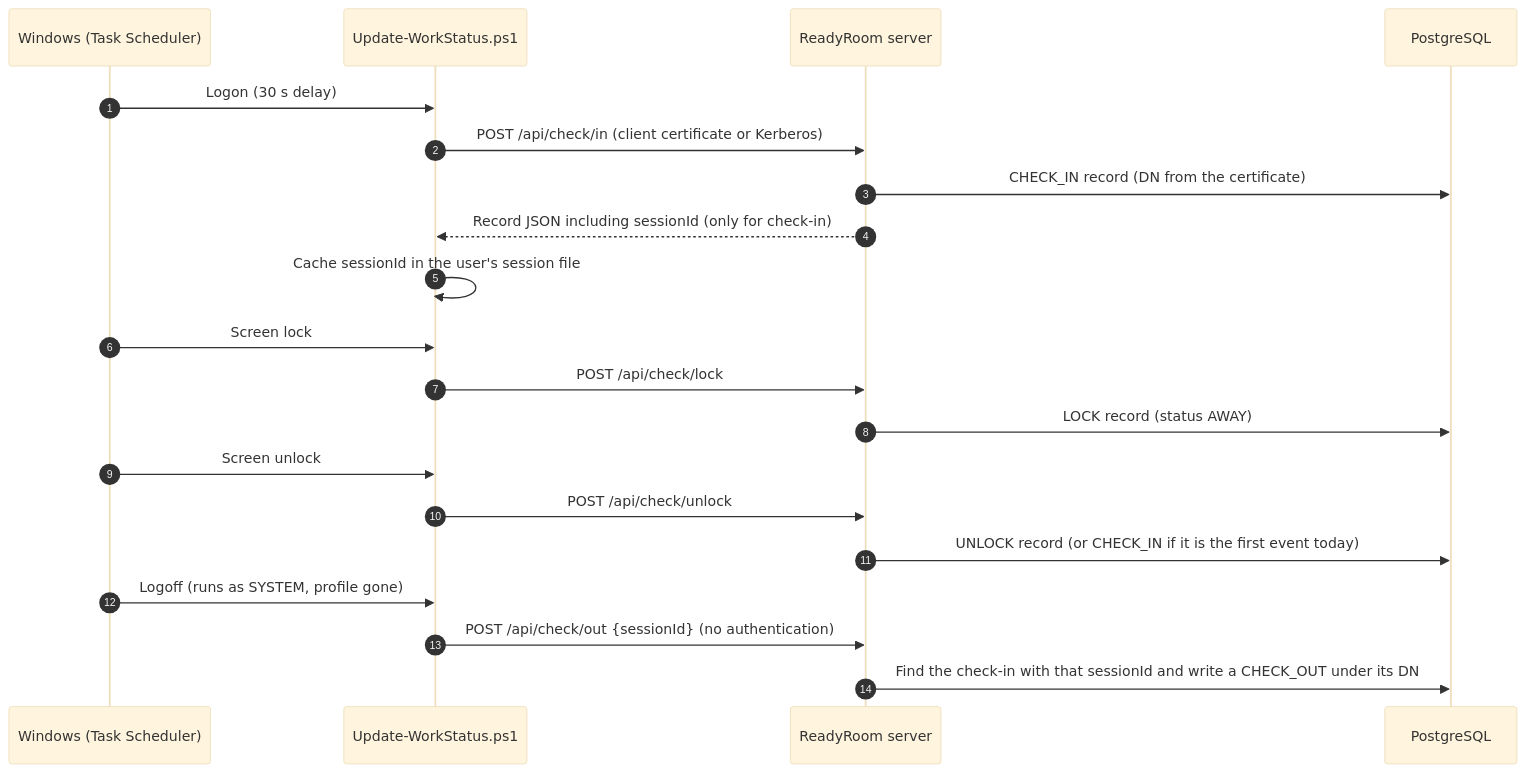
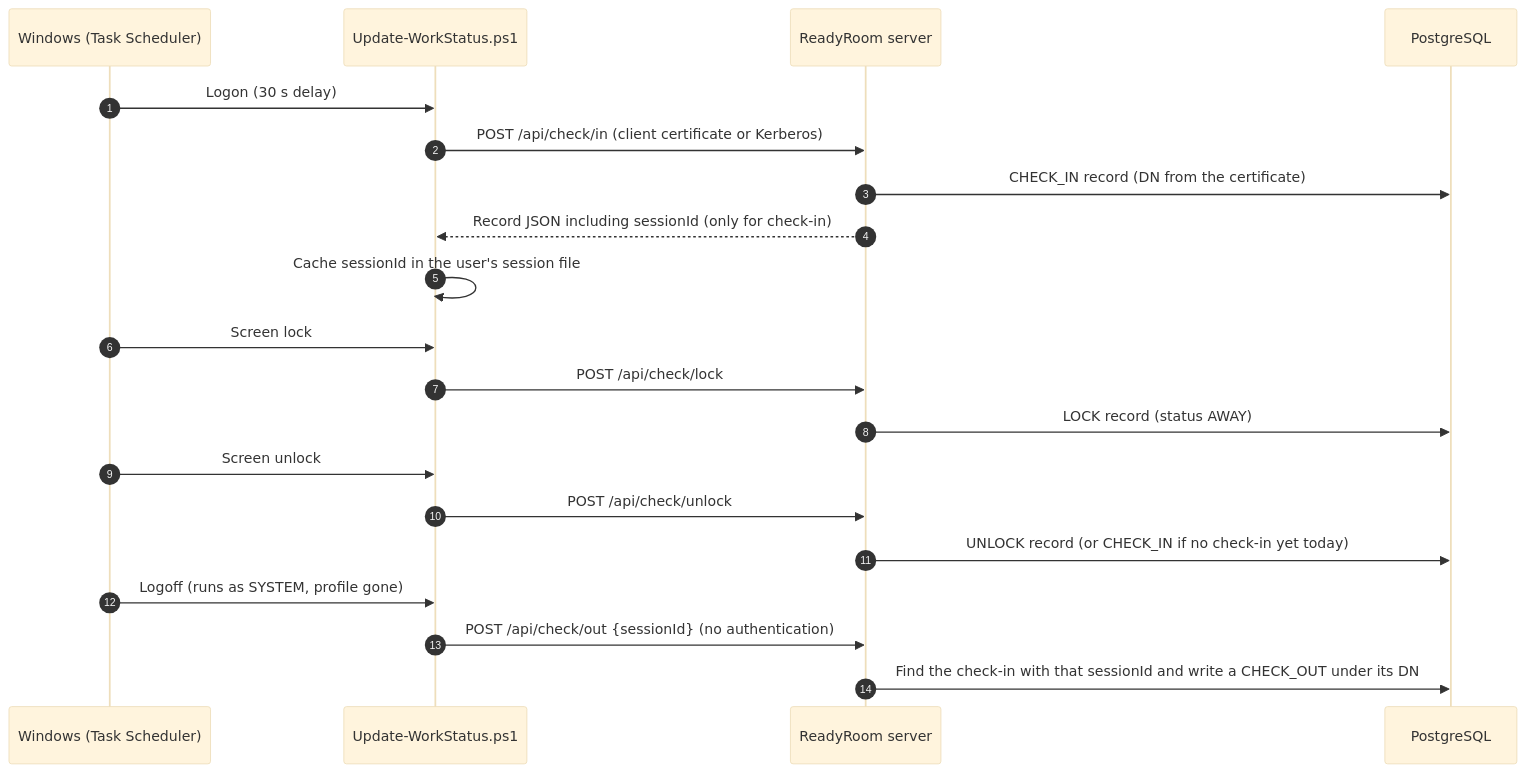
The second of 2 diagrams in docs/readyroom/index.md (winllc/ens-apps-documentation), drawn with Mermaid (base theme) before and after one commit. The commit also changed other lines of this file and 12 other files, not shown here.

````diff
--- a/docs/readyroom/index.md
+++ b/docs/readyroom/index.md
@@ -93,23 +93,23 @@
 ```mermaid
 sequenceDiagram
     autonumber
     participant W as Windows (Task Scheduler)
     participant C as Update-WorkStatus.ps1
     participant S as ReadyRoom server
     participant DB as PostgreSQL
 
     W->>C: Logon (30 s delay)
     C->>S: POST /api/check/in (client certificate or Kerberos)
     S->>DB: CHECK_IN record (DN from the certificate)
     S-->>C: Record JSON including sessionId (only for check-in)
     C->>C: Cache sessionId in the user's session file
     W->>C: Screen lock
     C->>S: POST /api/check/lock
     S->>DB: LOCK record (status AWAY)
     W->>C: Screen unlock
     C->>S: POST /api/check/unlock
-    S->>DB: UNLOCK record (or CHECK_IN if it is the first event today)
+    S->>DB: UNLOCK record (or CHECK_IN if no check-in yet today)
     W->>C: Logoff (runs as SYSTEM, profile gone)
     C->>S: POST /api/check/out {sessionId} (no authentication)
     S->>DB: Find the check-in with that sessionId and write a CHECK_OUT under its DN
 ```
````
